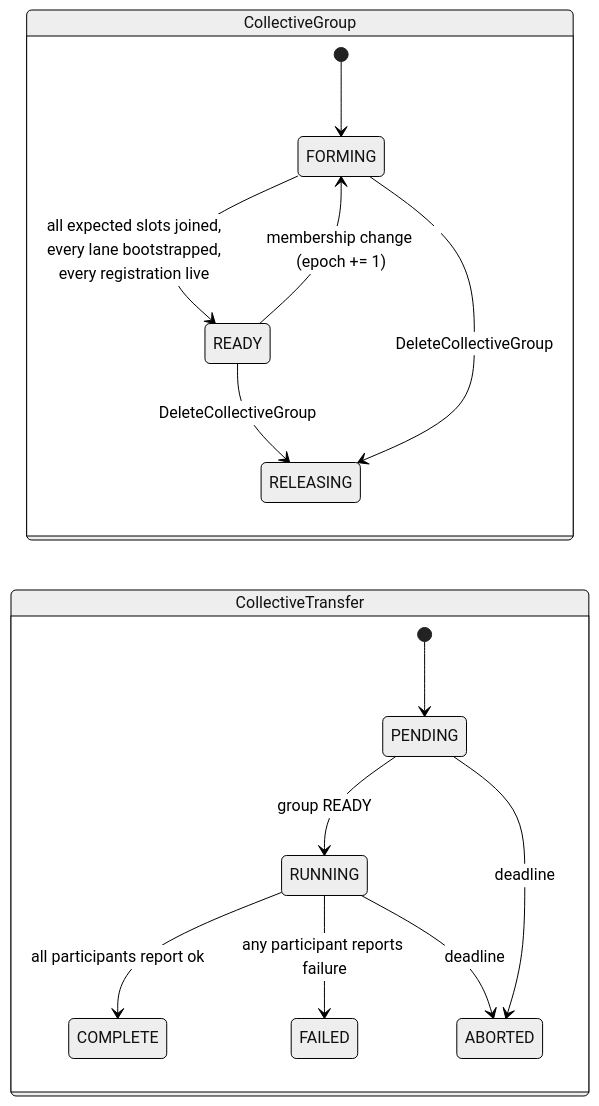
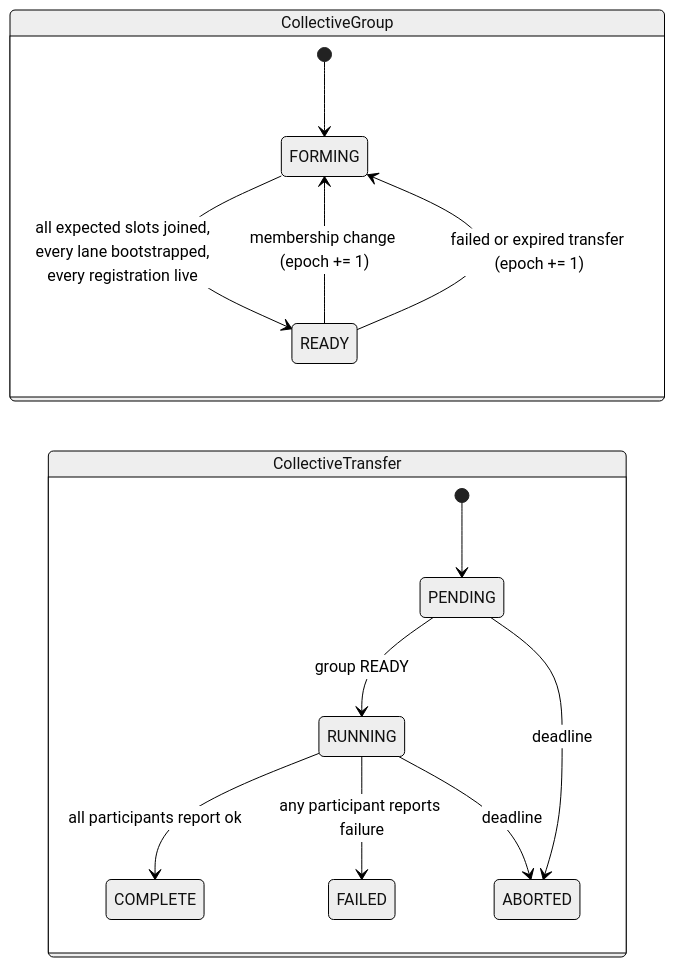
The second of 2 diagrams in docs/NCCL_M2N_REFIT.md (ai-dynamo/modelexpress), drawn with Mermaid (neutral theme) before and after one commit. The commit also changed other lines of this file and 45 other files, not shown here.

````diff
--- a/docs/NCCL_M2N_REFIT.md
+++ b/docs/NCCL_M2N_REFIT.md
@@ -232,19 +232,18 @@
 ```mermaid
 stateDiagram-v2
   direction LR
   state "CollectiveGroup" as G {
     [*] --> FORMING
     FORMING --> READY: all expected slots joined,<br/>every lane bootstrapped,<br/>every registration live
     READY --> FORMING: membership change (epoch += 1)
-    READY --> RELEASING: DeleteCollectiveGroup
-    FORMING --> RELEASING: DeleteCollectiveGroup
+    READY --> FORMING: failed or expired transfer (epoch += 1)
   }
   state "CollectiveTransfer" as T {
     [*] --> PENDING
     PENDING --> RUNNING: group READY
     RUNNING --> COMPLETE: all participants report ok
     RUNNING --> FAILED: any participant reports failure
     PENDING --> ABORTED: deadline
     RUNNING --> ABORTED: deadline
   }
 ```
````
